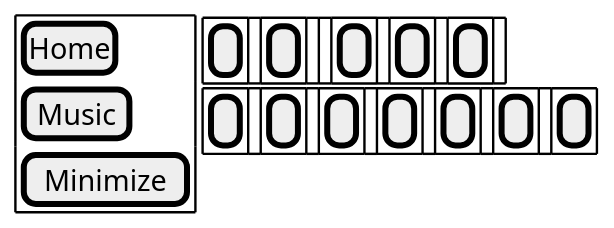
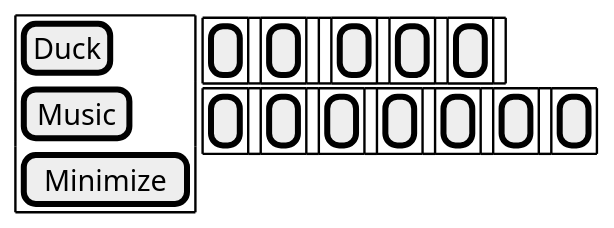
The first of 2 diagrams in apps/src/ui/docs/src/screens/synth.md (aortez/dirtsim), drawn with PlantUML before and after one commit. The commit also changed other lines of this file and 16 other files, not shown here.

````diff
--- a/apps/src/ui/docs/src/screens/synth.md
+++ b/apps/src/ui/docs/src/screens/synth.md
@@ -3,20 +3,20 @@
 ```plantuml
 @startsalt
 scale 1.6
 {
   {+
-    [Home]
+    [Duck]
     [Music]
     [Minimize]
   } | {
     {#
       [ ] | . | [ ] | . | . | [ ] | . | [ ] | . | [ ] | .
     }
     {#
       [ ] | . | [ ] | . | [ ] | . | [ ] | . | [ ] | . | [ ] | . | [ ]
     }
     .
   }
 }
 @endsalt
 ```
````
